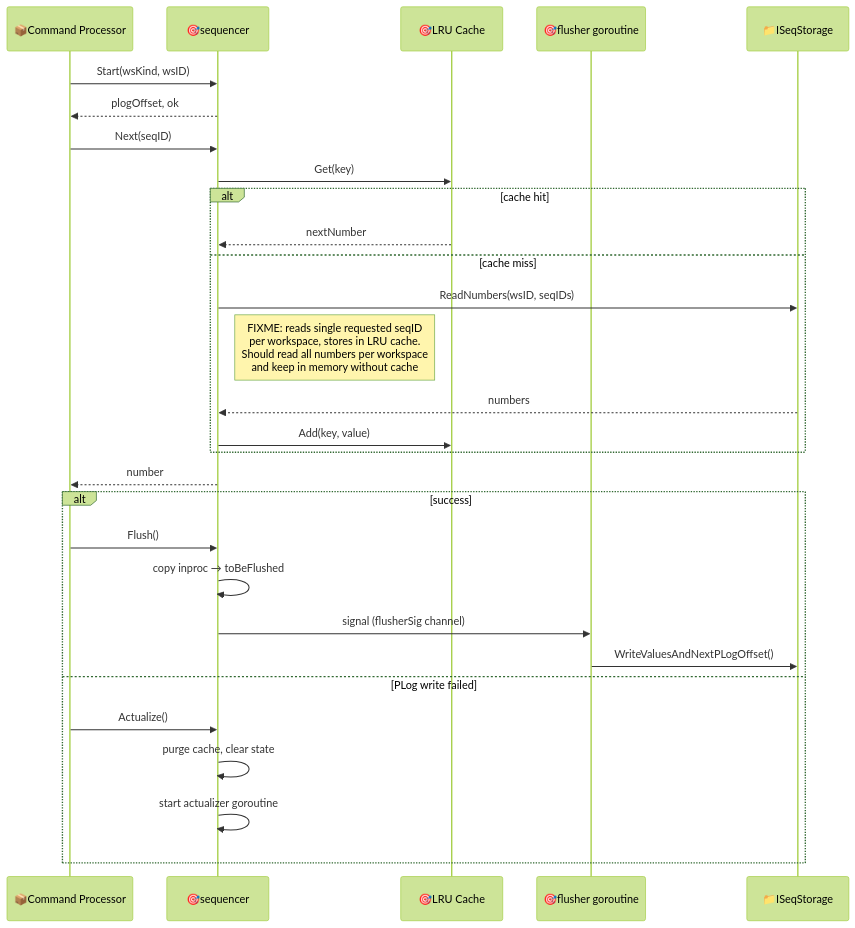
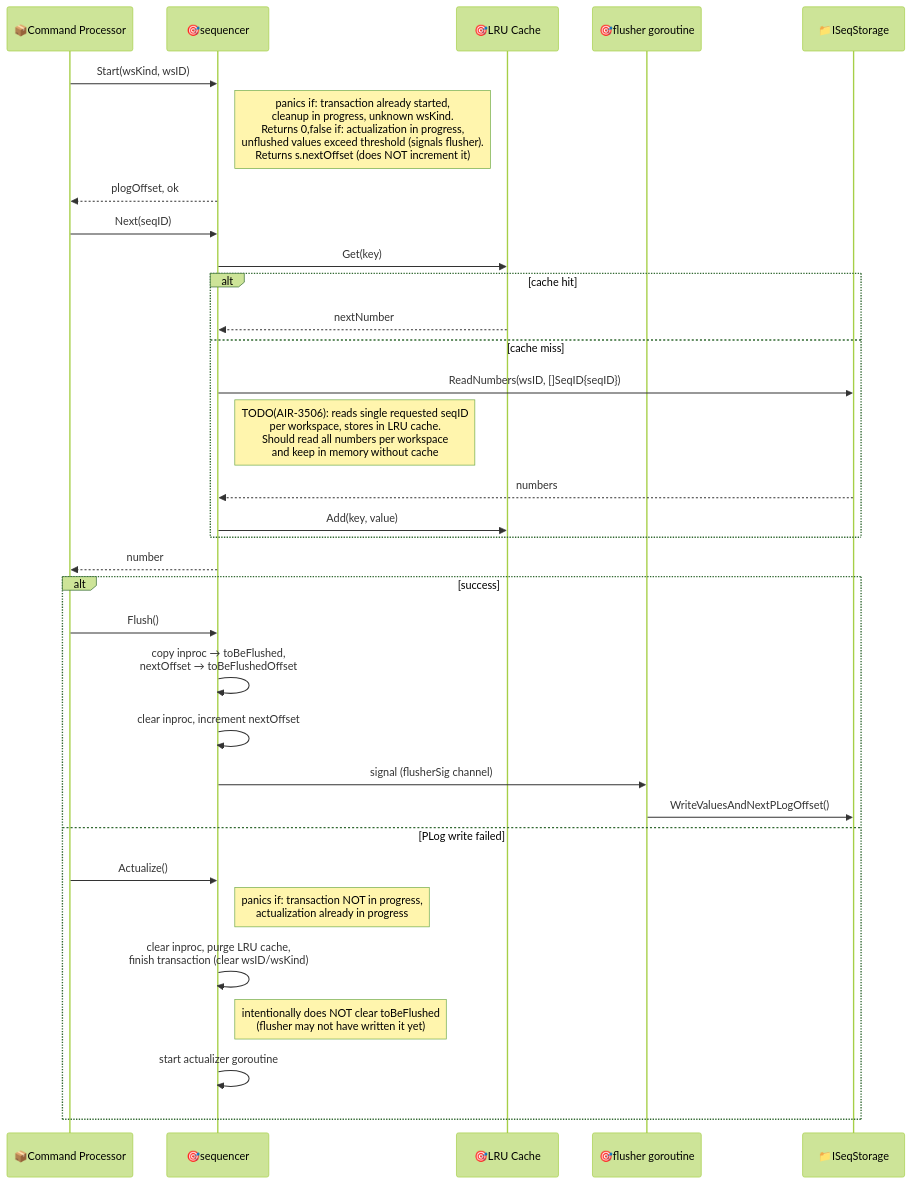
One commit to voedger/voedger changed the first of 2 diagrams in uspecs/specs/prod/apps/sequences--arch.md. Above: the diagram before and after it, drawn with Mermaid (forest theme). The commit also changed other lines of this file and 6 other files, not shown here.

````diff
--- a/uspecs/specs/prod/apps/sequences--arch.md
+++ b/uspecs/specs/prod/apps/sequences--arch.md
@@ -215,34 +215,38 @@
 ```mermaid
 sequenceDiagram
     participant CP as 📦Command Processor
     participant Seq as 🎯sequencer
     participant LRU as 🎯LRU Cache
     participant Flusher as 🎯flusher goroutine
     participant Storage as 📁ISeqStorage
 
     CP->>Seq: Start(wsKind, wsID)
+    Note right of Seq: panics if: transaction already started,<br/>cleanup in progress, unknown wsKind.<br/>Returns 0,false if: actualization in progress,<br/>unflushed values exceed threshold (signals flusher).<br/>Returns s.nextOffset (does NOT increment it)
     Seq-->>CP: plogOffset, ok
 
     CP->>Seq: Next(seqID)
     Seq->>LRU: Get(key)
     alt cache hit
         LRU-->>Seq: nextNumber
     else cache miss
-        Seq->>Storage: ReadNumbers(wsID, seqIDs)
-        Note right of Seq: FIXME: reads single requested seqID<br/>per workspace, stores in LRU cache.<br/>Should read all numbers per workspace<br/>and keep in memory without cache
+        Seq->>Storage: ReadNumbers(wsID, []SeqID{seqID})
+        Note right of Seq: TODO(AIR-3506): reads single requested seqID<br/>per workspace, stores in LRU cache.<br/>Should read all numbers per workspace<br/>and keep in memory without cache
         Storage-->>Seq: numbers
         Seq->>LRU: Add(key, value)
     end
     Seq-->>CP: number
 
     alt success
         CP->>Seq: Flush()
-        Seq->>Seq: copy inproc → toBeFlushed
+        Seq->>Seq: copy inproc → toBeFlushed,<br/>nextOffset → toBeFlushedOffset
+        Seq->>Seq: clear inproc, increment nextOffset
         Seq->>Flusher: signal (flusherSig channel)
         Flusher->>Storage: WriteValuesAndNextPLogOffset()
     else PLog write failed
         CP->>Seq: Actualize()
-        Seq->>Seq: purge cache, clear state
+        Note right of Seq: panics if: transaction NOT in progress,<br/>actualization already in progress
+        Seq->>Seq: clear inproc, purge LRU cache,<br/>finish transaction (clear wsID/wsKind)
+        Note right of Seq: intentionally does NOT clear toBeFlushed<br/>(flusher may not have written it yet)
         Seq->>Seq: start actualizer goroutine
     end
 ```
````
